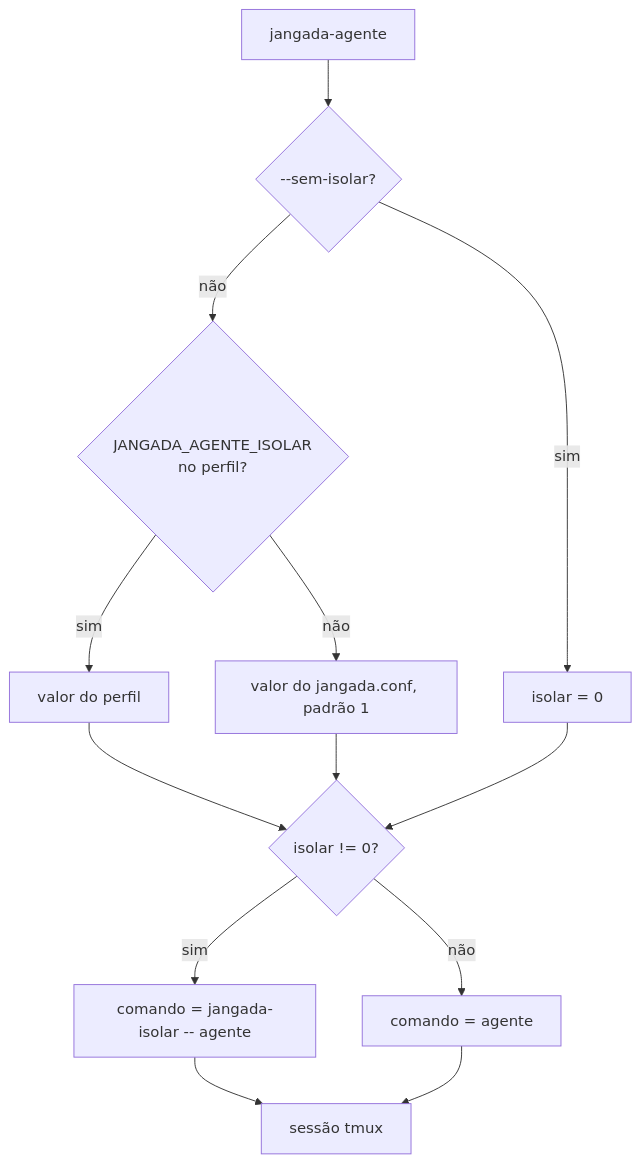
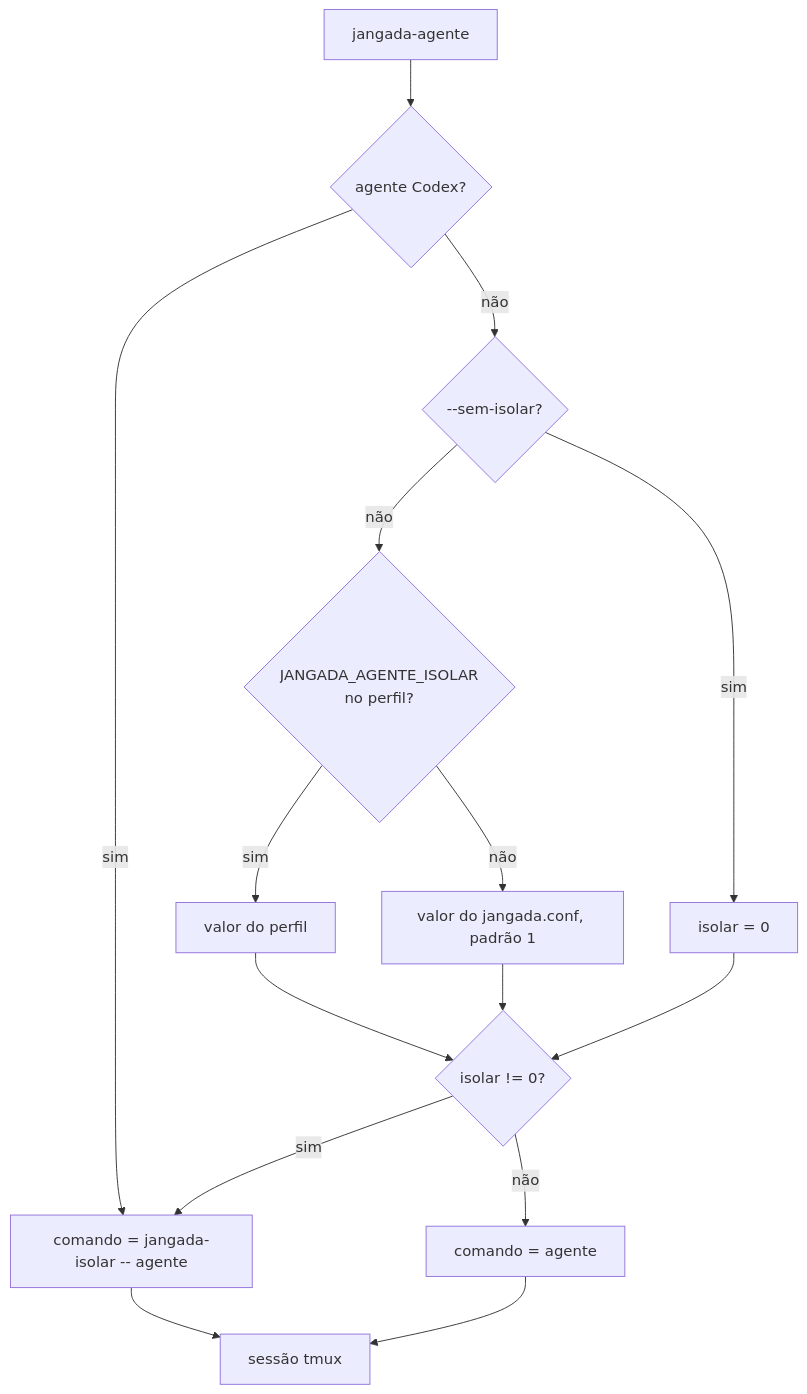
Before and after one commit to felipintoslv/jangada: the first of 3 diagrams in docs/isolamento.md, drawn with Mermaid. The commit also changed other lines of this file and 5 other files, not shown here.

````diff
--- a/docs/isolamento.md
+++ b/docs/isolamento.md
@@ -26,15 +26,17 @@
 ```mermaid
 flowchart TD
-    A[jangada-agente] --> B{--sem-isolar?}
+    A[jangada-agente] --> O{agente Codex?}
+    O -- sim --> G[comando = jangada-isolar -- agente]
+    O -- não --> B{--sem-isolar?}
     B -- sim --> N[isolar = 0]
     B -- não --> C{JANGADA_AGENTE_ISOLAR<br>no perfil?}
     C -- sim --> D[valor do perfil]
     C -- não --> E[valor do jangada.conf, padrão 1]
     D --> F{isolar != 0?}
     E --> F
     N --> F
-    F -- sim --> G[comando = jangada-isolar -- agente]
+    F -- sim --> G
     F -- não --> H[comando = agente]
     G --> I[sessão tmux]
     H --> I
 ```
````
